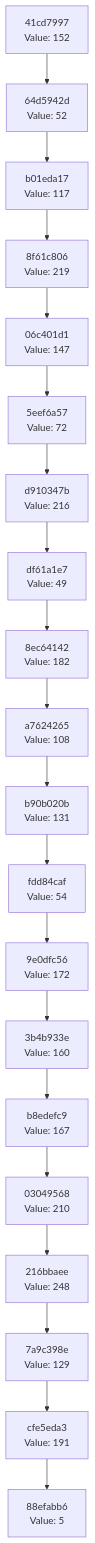
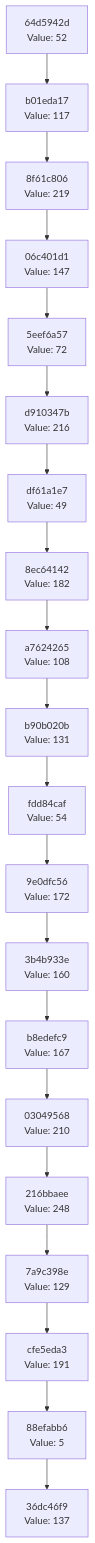
One commit to Abhisheksinha1506/hash-chain-evolver changed the diagram in docs/CHAIN_VISUALIZATION.md. Above: the diagram before and after it, drawn with Mermaid. The commit also changed 1 other file, not shown here.

Commit message:
Evolution Step

````diff
--- a/docs/CHAIN_VISUALIZATION.md
+++ b/docs/CHAIN_VISUALIZATION.md
@@ -3,42 +3,42 @@
 ```mermaid
 graph TD
-    C0["88efabb6<br/>Value: 5"]
-    C1["cfe5eda3<br/>Value: 191"]
+    C0["36dc46f9<br/>Value: 137"]
+    C1["88efabb6<br/>Value: 5"]
     C1 --> C0
-    C2["7a9c398e<br/>Value: 129"]
+    C2["cfe5eda3<br/>Value: 191"]
     C2 --> C1
-    C3["216bbaee<br/>Value: 248"]
+    C3["7a9c398e<br/>Value: 129"]
     C3 --> C2
-    C4["03049568<br/>Value: 210"]
+    C4["216bbaee<br/>Value: 248"]
     C4 --> C3
-    C5["b8edefc9<br/>Value: 167"]
+    C5["03049568<br/>Value: 210"]
     C5 --> C4
-    C6["3b4b933e<br/>Value: 160"]
+    C6["b8edefc9<br/>Value: 167"]
     C6 --> C5
-    C7["9e0dfc56<br/>Value: 172"]
+    C7["3b4b933e<br/>Value: 160"]
     C7 --> C6
-    C8["fdd84caf<br/>Value: 54"]
+    C8["9e0dfc56<br/>Value: 172"]
     C8 --> C7
-    C9["b90b020b<br/>Value: 131"]
+    C9["fdd84caf<br/>Value: 54"]
     C9 --> C8
-    C10["a7624265<br/>Value: 108"]
+    C10["b90b020b<br/>Value: 131"]
     C10 --> C9
-    C11["8ec64142<br/>Value: 182"]
+    C11["a7624265<br/>Value: 108"]
     C11 --> C10
-    C12["df61a1e7<br/>Value: 49"]
+    C12["8ec64142<br/>Value: 182"]
     C12 --> C11
-    C13["d910347b<br/>Value: 216"]
+    C13["df61a1e7<br/>Value: 49"]
     C13 --> C12
-    C14["5eef6a57<br/>Value: 72"]
+    C14["d910347b<br/>Value: 216"]
     C14 --> C13
-    C15["06c401d1<br/>Value: 147"]
+    C15["5eef6a57<br/>Value: 72"]
     C15 --> C14
-    C16["8f61c806<br/>Value: 219"]
+    C16["06c401d1<br/>Value: 147"]
     C16 --> C15
-    C17["b01eda17<br/>Value: 117"]
+    C17["8f61c806<br/>Value: 219"]
     C17 --> C16
-    C18["64d5942d<br/>Value: 52"]
+    C18["b01eda17<br/>Value: 117"]
     C18 --> C17
-    C19["41cd7997<br/>Value: 152"]
+    C19["64d5942d<br/>Value: 52"]
     C19 --> C18
 ```
````
